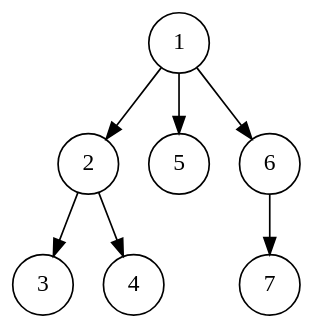
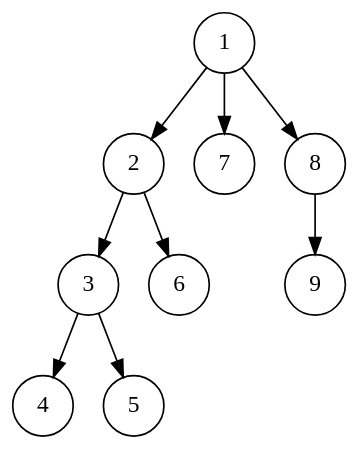
Before and after one commit to Eisenwave/voxel-compression-docs: the diagram in src/graphviz/depth_first.dot, drawn with Graphviz. The commit also changed 9 other files, not shown here.

```diff
--- a/src/graphviz/depth_first.dot
+++ b/src/graphviz/depth_first.dot
@@ -1,10 +1,11 @@
 digraph g {
     bgcolor=transparent
     splines=false
     node [shape=circle]
     
-    1 -> 2 -> 3
-    2 -> 4
-    1 -> 5
-    1 -> 6 -> 7
+    1 -> 2 -> 3 -> 4
+    3 -> 5
+    2 -> 6
+    1 -> 7
+    1 -> 8 -> 9
 } 
```
